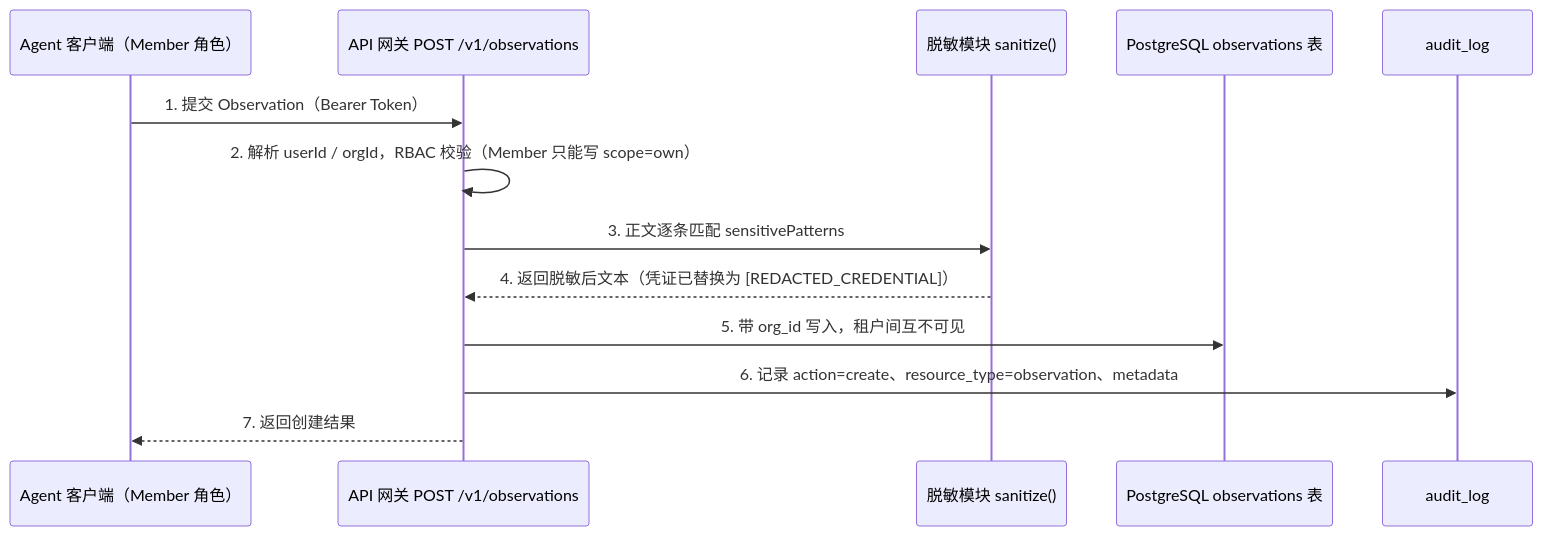
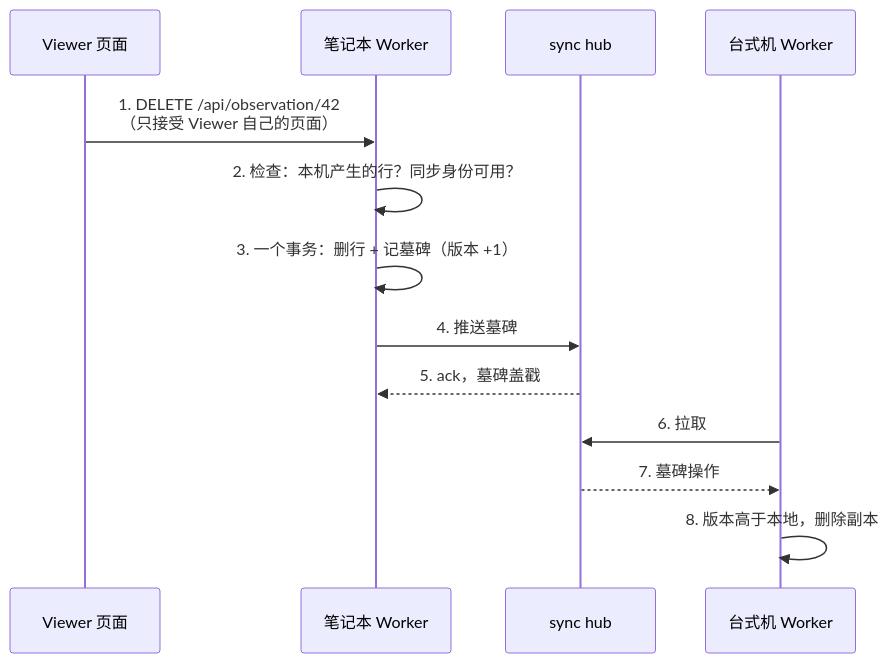
One commit to diguike/book-claude-mem changed the second of 2 diagrams in 05-enterprise/ch17-enterprise-features/README.md. Above: the diagram before and after it, drawn with Mermaid. The commit also changed other lines of this file and 155 other files, not shown here.

````diff
--- a/05-enterprise/ch17-enterprise-features/README.md
+++ b/05-enterprise/ch17-enterprise-features/README.md
@@ -162,16 +146,15 @@
 ```mermaid
 sequenceDiagram
-    participant C as Agent 客户端（Member 角色）
-    participant G as API 网关 POST /v1/observations
-    participant Z as 脱敏模块 sanitize()
-    participant DB as PostgreSQL observations 表
-    participant L as audit_log
-
-    C->>G: 1. 提交 Observation（Bearer Token）
-    G->>G: 2. 解析 userId / orgId，RBAC 校验（Member 只能写 scope=own）
-    G->>Z: 3. 正文逐条匹配 sensitivePatterns
-    Z-->>G: 4. 返回脱敏后文本（凭证已替换为 [REDACTED_CREDENTIAL]）
-    G->>DB: 5. 带 org_id 写入，租户间互不可见
-    G->>L: 6. 记录 action=create、resource_type=observation、metadata
-    G-->>C: 7. 返回创建结果
+    participant V as Viewer 页面
+    participant W as 笔记本 Worker
+    participant H as sync hub
+    participant D as 台式机 Worker
+    V->>W: 1. DELETE /api/observation/42<br/>（只接受 Viewer 自己的页面）
+    W->>W: 2. 检查：本机产生的行？同步身份可用？
+    W->>W: 3. 一个事务：删行 + 记墓碑（版本 +1）
+    W->>H: 4. 推送墓碑
+    H-->>W: 5. ack，墓碑盖戳
+    D->>H: 6. 拉取
+    H-->>D: 7. 墓碑操作
+    D->>D: 8. 版本高于本地，删除副本
 ```
````
